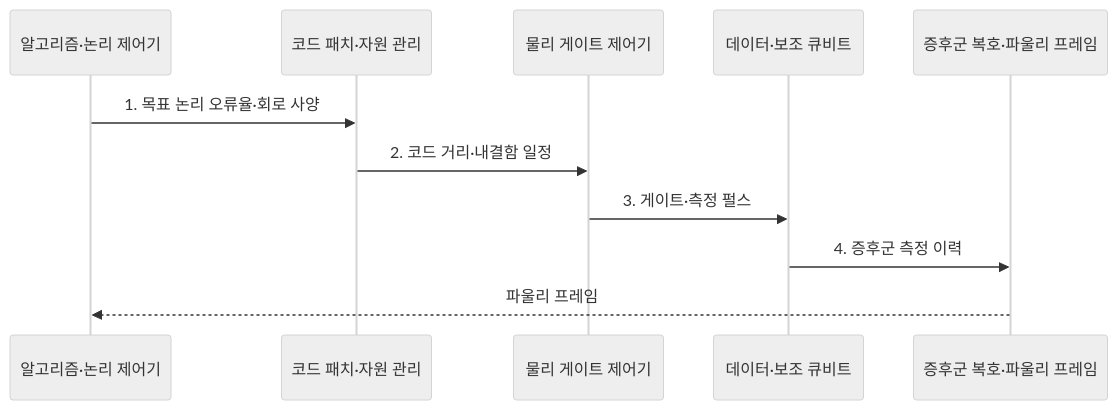
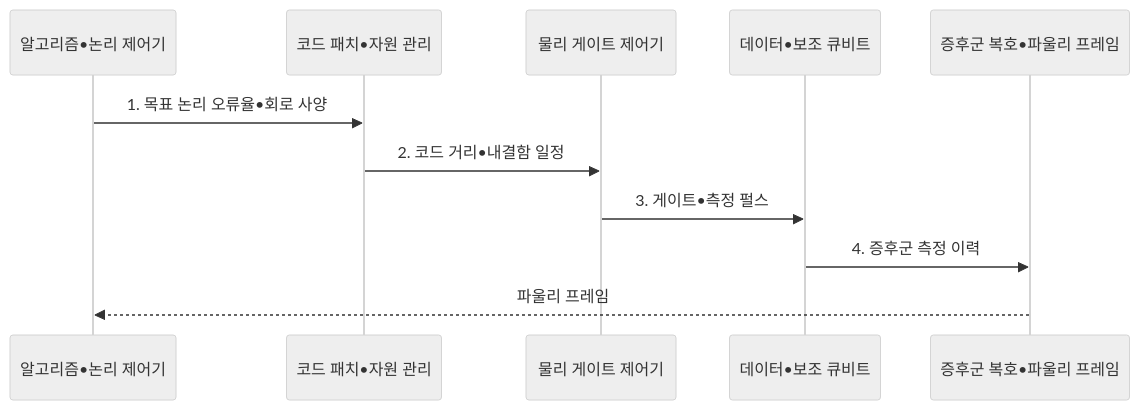
The second of 2 diagrams in src/content/docs/notes/02-hardware/075_logical_vs_physical_qubit.md (agnusdei1207/knowledge-base), drawn with Mermaid (neutral theme) before and after one commit. The commit also changed other lines of this file and 953 other files, not shown here.

````diff
--- a/src/content/docs/notes/02-hardware/075_logical_vs_physical_qubit.md
+++ b/src/content/docs/notes/02-hardware/075_logical_vs_physical_qubit.md
@@ -101,14 +101,14 @@
 ```mermaid
 sequenceDiagram
-    participant A as 알고리즘·논리 제어기
-    participant P as 코드 패치·자원 관리
+    participant A as 알고리즘•논리 제어기
+    participant P as 코드 패치•자원 관리
     participant C as 물리 게이트 제어기
-    participant Q as 데이터·보조 큐비트
-    participant R as 증후군 복호·파울리 프레임
+    participant Q as 데이터•보조 큐비트
+    participant R as 증후군 복호•파울리 프레임
 
-    A->>P: 1. 목표 논리 오류율·회로 사양
-    P->>C: 2. 코드 거리·내결함 일정
-    C->>Q: 3. 게이트·측정 펄스
+    A->>P: 1. 목표 논리 오류율•회로 사양
+    P->>C: 2. 코드 거리•내결함 일정
+    C->>Q: 3. 게이트•측정 펄스
     Q->>R: 4. 증후군 측정 이력
     R-->>A: 파울리 프레임
 ```
````
